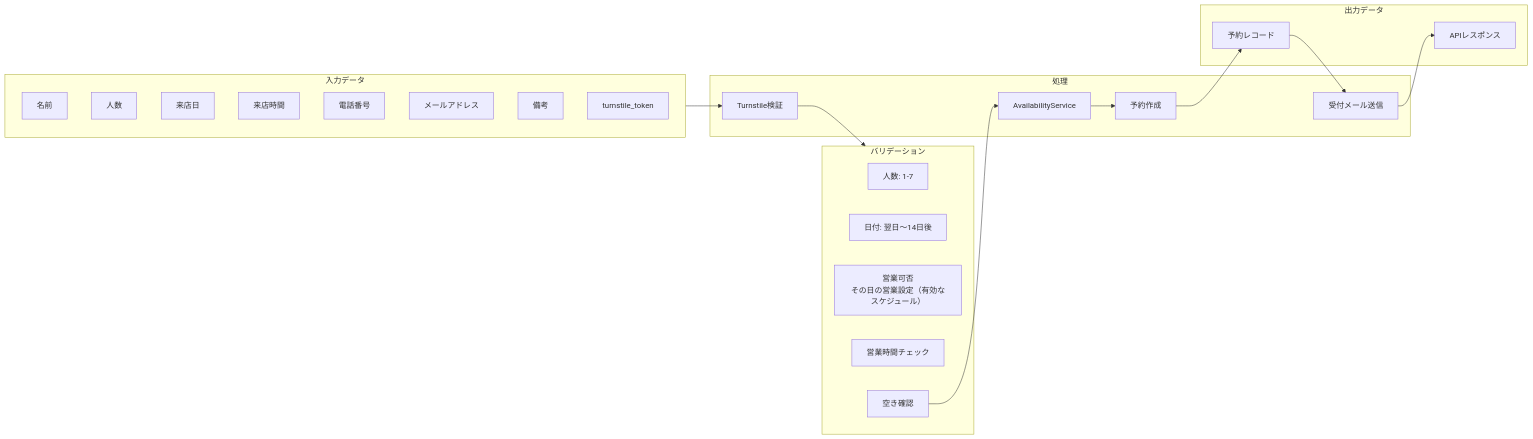
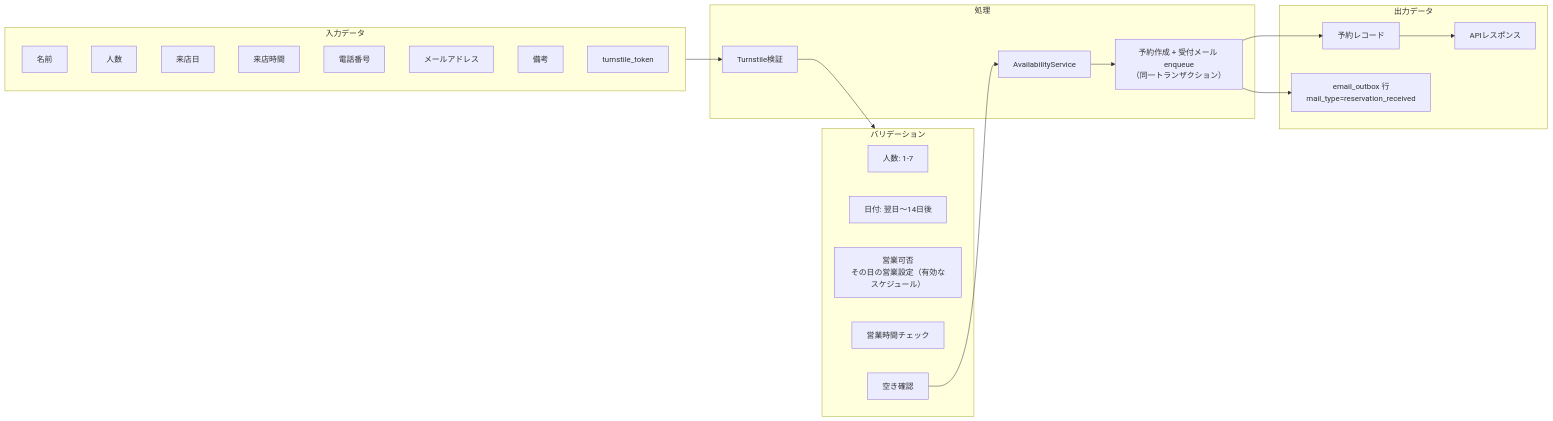
The second of 9 diagrams in docs/data_flow.md (cergijame101007/satehits), drawn with Mermaid before and after one commit. The commit also changed other lines of this file, not shown here.

Commit message:
docs: data_flow.md のメール送信を email_outbox と Dispatcher 経由に合わせる

````diff
--- a/docs/data_flow.md
+++ b/docs/data_flow.md
@@ -48,41 +57,41 @@
 ```mermaid
 flowchart LR
     subgraph Input[入力データ]
         Name[名前]
         People[人数]
         Date[来店日]
         Time[来店時間]
         Phone[電話番号]
         Email[メールアドレス]
         Note[備考]
         Token[turnstile_token]
     end
 
     subgraph Validation[バリデーション]
         V1[人数: 1-7]
         V2[日付: 翌日〜14日後]
         V3[営業可否<br/>その日の営業設定（有効なスケジュール）]
         V4[営業時間チェック]
         V5[空き確認]
     end
 
     subgraph Process[処理]
         Turnstile[Turnstile検証]
         AvailService[AvailabilityService]
-        Create[予約作成]
-        SendMail[受付メール送信]
+        Create[予約作成 + 受付メール enqueue<br/>（同一トランザクション）]
     end
 
     subgraph Output[出力データ]
         Reservation[予約レコード]
+        Outbox[email_outbox 行<br/>mail_type=reservation_received]
         Response[APIレスポンス]
     end
 
     Input --> Turnstile
     Turnstile --> Validation
     V5 --> AvailService
     AvailService --> Create
     Create --> Reservation
-    Reservation --> SendMail
-    SendMail --> Response
+    Create --> Outbox
+    Reservation --> Response
 ```
````
